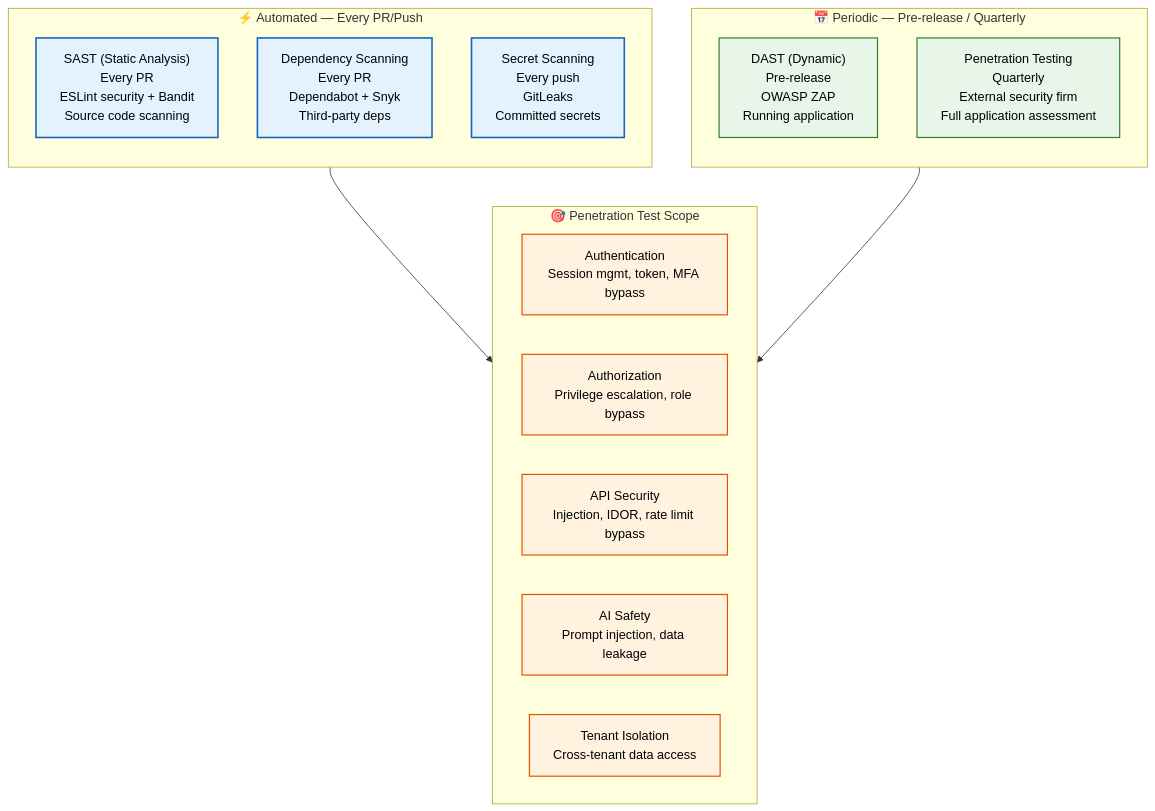
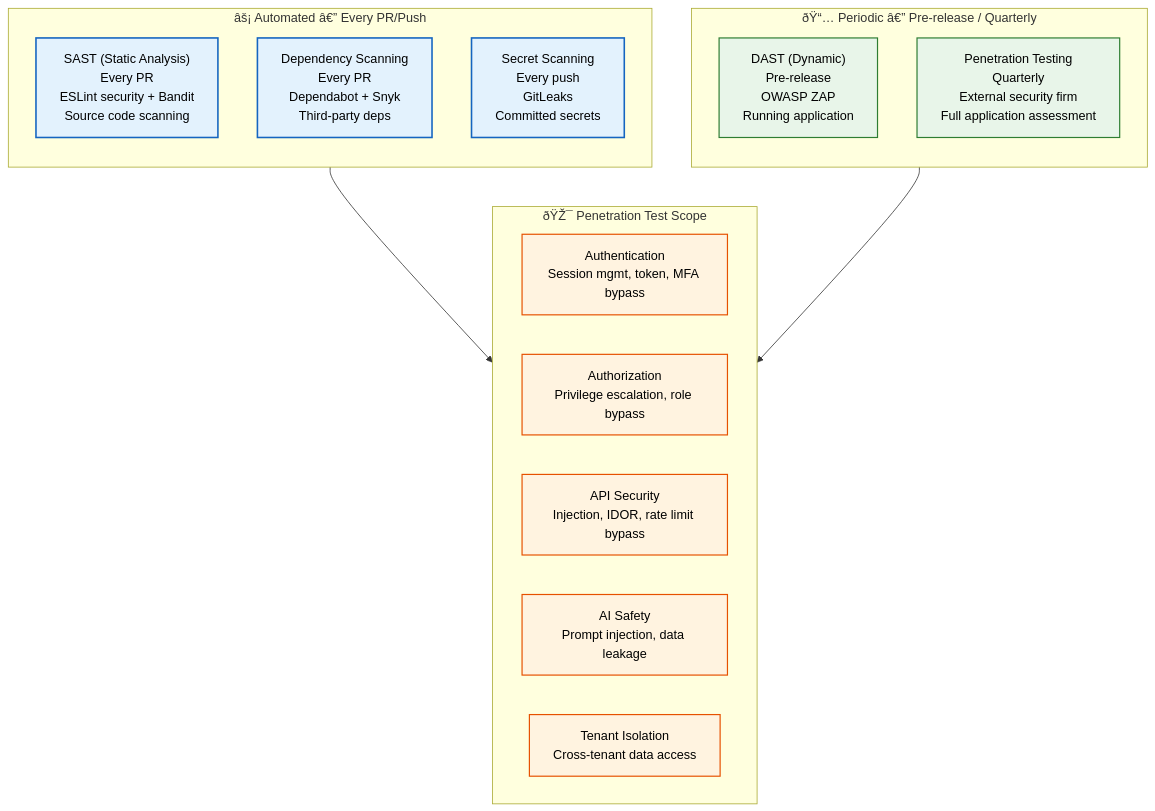
Before and after one commit to Driftloom/Vaeloom: the first of 2 diagrams in Docs/Testing/Security-Testing.md, drawn with Mermaid. The commit also changed other lines of this file and 249 other files, not shown here.

````diff
--- a/Docs/Testing/Security-Testing.md
+++ b/Docs/Testing/Security-Testing.md
@@ -8,33 +8,33 @@
 ```mermaid
 graph TD
     classDef automated fill:#e3f2fd,stroke:#1565c0,color:#000,stroke-width:2px
     classDef periodic fill:#e8f5e9,stroke:#2e7d32,color:#000,stroke-width:1.5px
     classDef scope fill:#fff3e0,stroke:#e65100,color:#000,stroke-width:1.5px
 
-    subgraph Automated["⚡ Automated — Every PR/Push"]
+    subgraph Automated["âš¡ Automated â€” Every PR/Push"]
         direction TB
         A1["SAST (Static Analysis)<br/>Every PR<br/>ESLint security + Bandit<br/>Source code scanning"]
         A2["Dependency Scanning<br/>Every PR<br/>Dependabot + Snyk<br/>Third-party deps"]
         A3["Secret Scanning<br/>Every push<br/>GitLeaks<br/>Committed secrets"]
     end
 
-    subgraph Periodic["📅 Periodic — Pre-release / Quarterly"]
+    subgraph Periodic["ðŸ“… Periodic â€” Pre-release / Quarterly"]
         direction TB
         P1["DAST (Dynamic)<br/>Pre-release<br/>OWASP ZAP<br/>Running application"]
         P2["Penetration Testing<br/>Quarterly<br/>External security firm<br/>Full application assessment"]
     end
 
-    subgraph Scope["🎯 Penetration Test Scope"]
+    subgraph Scope["ðŸŽ¯ Penetration Test Scope"]
         S1["Authentication<br/>Session mgmt, token, MFA bypass"]
         S2["Authorization<br/>Privilege escalation, role bypass"]
         S3["API Security<br/>Injection, IDOR, rate limit bypass"]
         S4["AI Safety<br/>Prompt injection, data leakage"]
         S5["Tenant Isolation<br/>Cross-tenant data access"]
     end
 
     Automated & Periodic --> Scope
 
     class A1,A2,A3 automated
     class P1,P2 periodic
     class S1,S2,S3,S4,S5 scope
 ```
````
